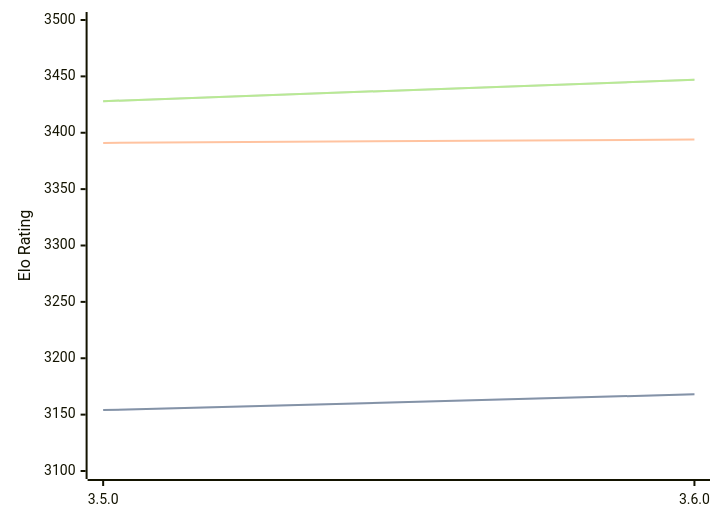
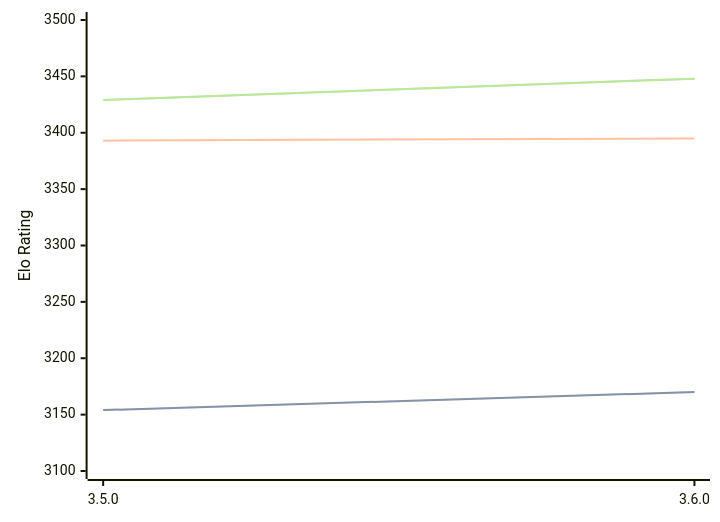
One commit to computer-chess-index/cci changed the first of 3 diagrams in engines/Igel.md. Above: the diagram before and after it, drawn with Mermaid. The commit also changed other lines of this file, not shown here.

Commit message:
Update CCI Ratings (ELO VLTC) - 2026-07-12

````diff
--- a/engines/Igel.md
+++ b/engines/Igel.md
@@ -68,11 +68,11 @@
 ```mermaid
 %%{init: {"theme":"base","themeVariables":{"seriesColors:['#a3a3a3','#222221','#faa371']}}}%%
 xychart-beta
   x-axis ["3.5.0", "3.6.0"]
   y-axis "Elo Rating" 3100 --> 3500
-  line "STC (8.0+0.08s)" [3154, 3168]
-  line "STC (8.0+0.08s)" [3154, 3168]
-  line "LTC (60.0+0.60s)" [3391, 3394]
-  line "VLTC (2m24s+1.12s)" [3428, 3447]
-  line "VLTC (2m24s+1.12s)" [3428, 3447]
+  line "STC (8.0+0.08s)" [3154, 3170]
+  line "STC (8.0+0.08s)" [3154, 3170]
+  line "LTC (60.0+0.60s)" [3393, 3395]
+  line "VLTC (2m24s+1.12s)" [3429, 3448]
+  line "VLTC (2m24s+1.12s)" [3429, 3448]
 ```
````
